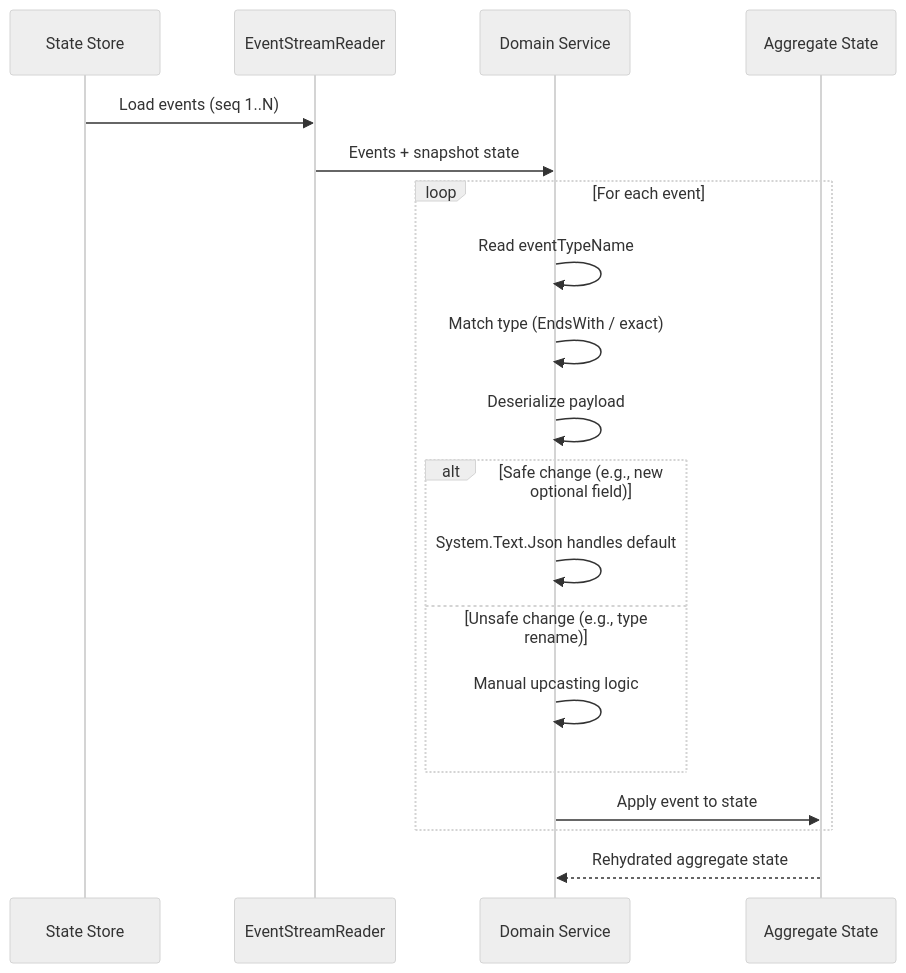
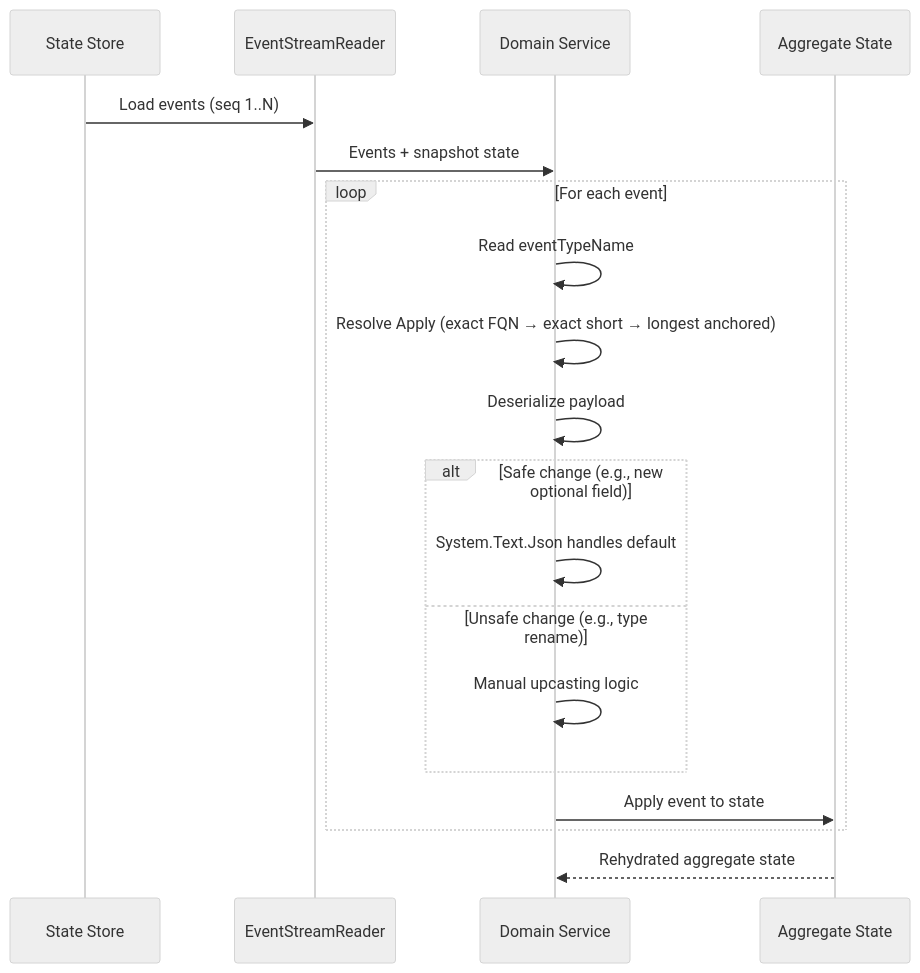
Before and after one commit to Hexalith/Hexalith.EventStore: the diagram in docs/concepts/event-versioning.md, drawn with Mermaid (neutral theme). The commit also changed other lines of this file and 22 other files, not shown here.

````diff
--- a/docs/concepts/event-versioning.md
+++ b/docs/concepts/event-versioning.md
@@ -126,22 +126,22 @@
 ```mermaid
 sequenceDiagram
     participant Store as State Store
     participant Reader as EventStreamReader
     participant DS as Domain Service
     participant State as Aggregate State
 
     Store->>Reader: Load events (seq 1..N)
     Reader->>DS: Events + snapshot state
     loop For each event
         DS->>DS: Read eventTypeName
-        DS->>DS: Match type (EndsWith / exact)
+        DS->>DS: Resolve Apply (exact FQN → exact short → longest anchored)
         DS->>DS: Deserialize payload
         alt Safe change (e.g., new optional field)
             DS->>DS: System.Text.Json handles default
         else Unsafe change (e.g., type rename)
             DS->>DS: Manual upcasting logic
         end
         DS->>State: Apply event to state
     end
     State-->>DS: Rehydrated aggregate state
 ```
````
